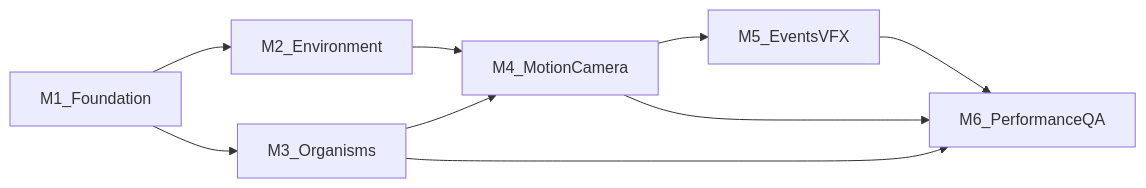
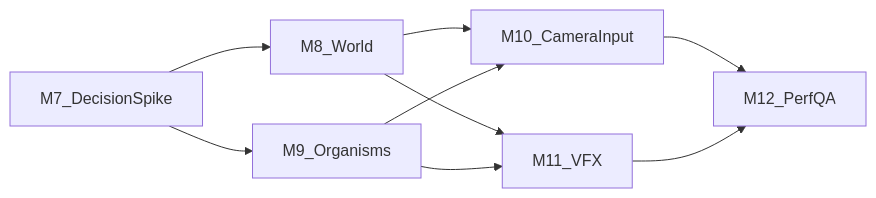
One commit to Tigger36/EvolutionSimGame changed the third of 3 diagrams in .cursor/plans/graphics_upgrade_plan_8762ad7c.plan.md. Above: the diagram before and after it, drawn with Mermaid. The commit also changed other lines of this file, not shown here.

First line of the commit message:
Revise graphics upgrade plan to outline two-phase strategy for EvolutionSimGame.

````diff
--- a/.cursor/plans/graphics_upgrade_plan_8762ad7c.plan.md
+++ b/.cursor/plans/graphics_upgrade_plan_8762ad7c.plan.md
@@ -70,11 +211,11 @@
 ```mermaid
 flowchart LR
-    M1[M1_Foundation] --> M2[M2_Environment]
-    M1 --> M3[M3_Organisms]
-    M2 --> M4[M4_MotionCamera]
-    M3 --> M4
-    M4 --> M5[M5_EventsVFX]
-    M3 --> M6[M6_PerformanceQA]
-    M4 --> M6
-    M5 --> M6
+    M7[M7_DecisionSpike] --> M8[M8_World]
+    M7 --> M9[M9_Organisms]
+    M8 --> M10[M10_CameraInput]
+    M9 --> M10
+    M8 --> M11[M11_VFX]
+    M9 --> M11
+    M10 --> M12[M12_PerfQA]
+    M11 --> M12
 ```
````
